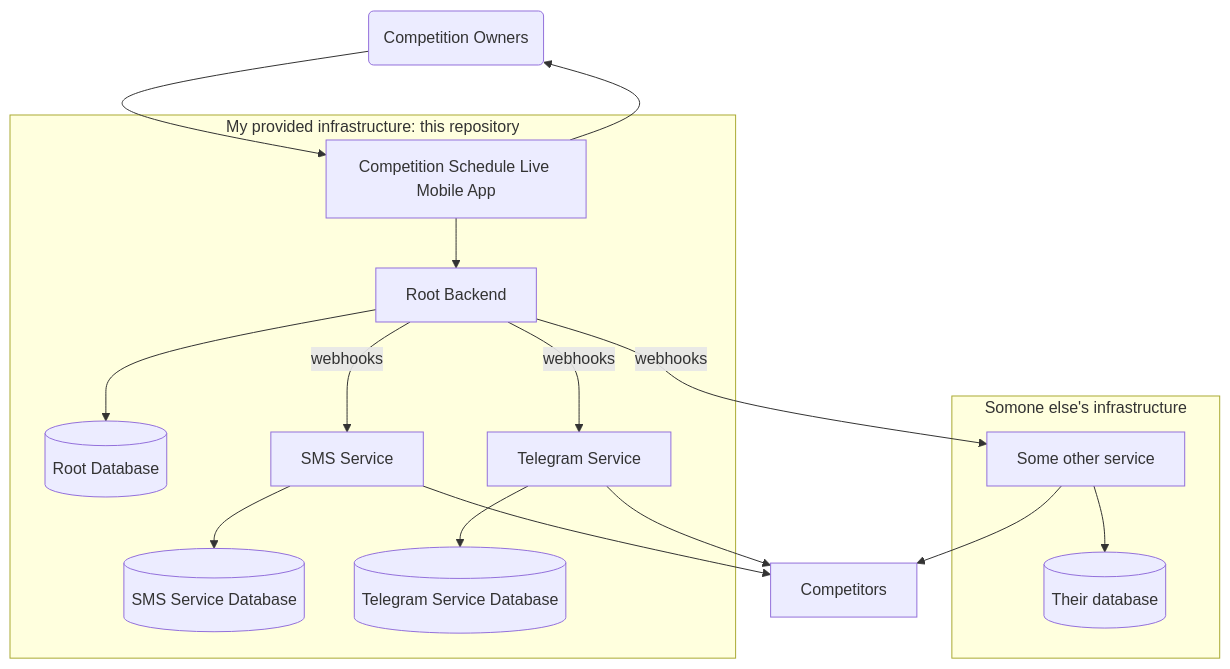
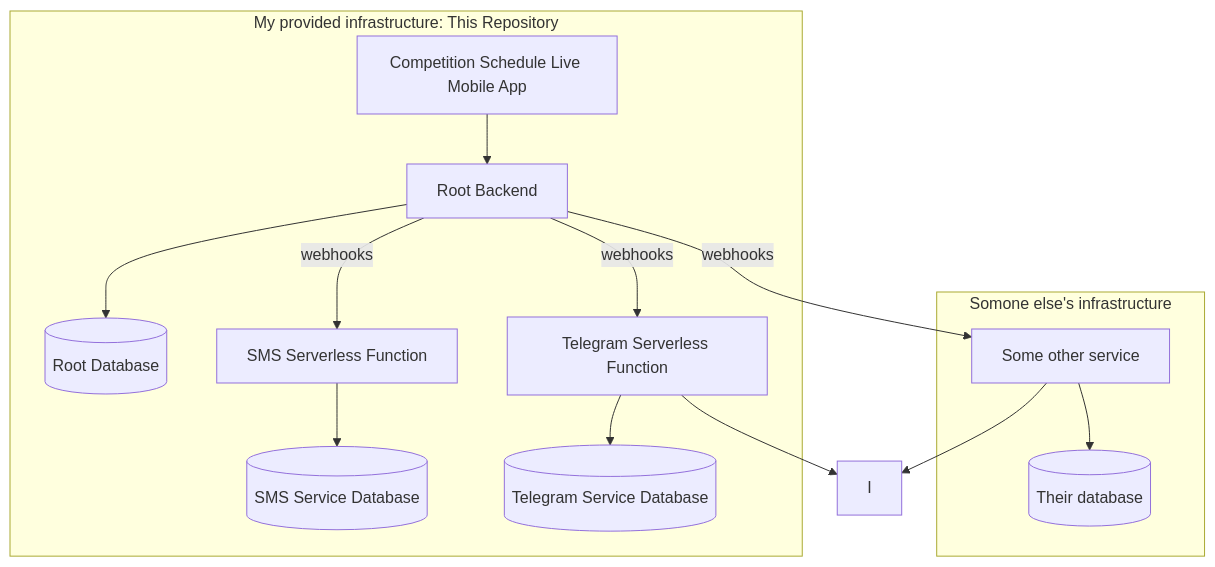
The diagram in README.md (coder13/competition-schedule-live), drawn with Mermaid before and after one commit.

````diff
--- a/README.md
+++ b/README.md
@@ -46,21 +46,19 @@
 ```mermaid
 graph TD
-    H(Competition Owners) --> E --> H
-    subgraph My provided infrastructure: this repository
+    subgraph My provided infrastructure: This Repository
     A[Root Backend] --> B[(Root Database)]
-    C[SMS Service] --> F[(SMS Service Database)]
-    D[Telegram Service] --> G[(Telegram Service Database)]
+    C[SMS Serverless Function] --> F[(SMS Service Database)]
+    D[Telegram Serverless Function] --> G[(Telegram Service Database)]
     A -->|webhooks| C
     A -->|webhooks| D
     E[Competition Schedule Live Mobile App] --> A
     end
-    C --> I[Competitors]
     D --> I
     
     subgraph Somone else's infrastructure
     A -->|webhooks| J[Some other service]
     J --> K[(Their database)]
     end
 
     J[Some other service] --> I
-  ```
+```
````
